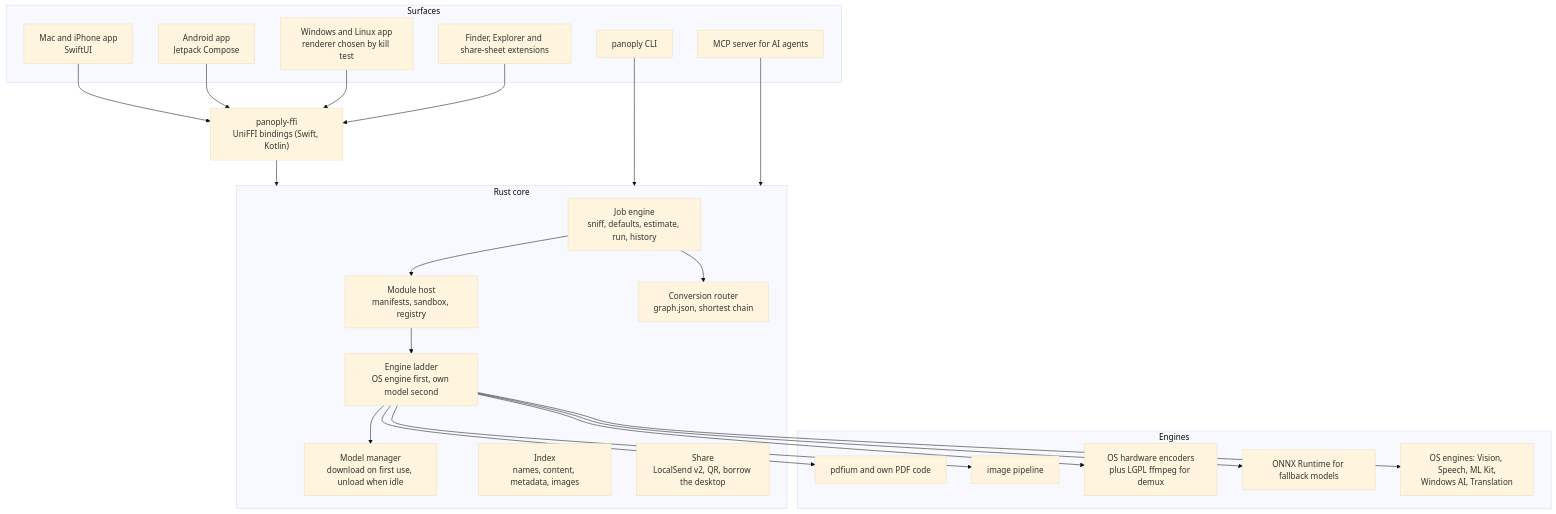
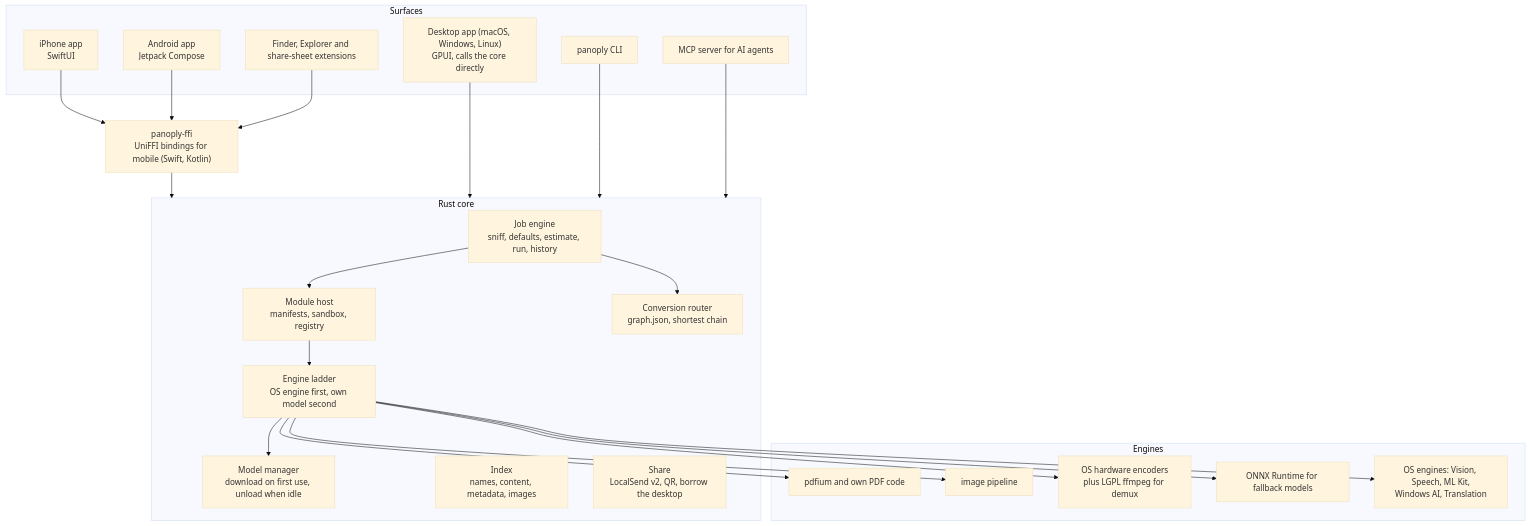
One commit to anzal1/panoply changed the first of 2 diagrams in docs/ARCHITECTURE.md. Above: the diagram before and after it, drawn with Mermaid (base theme). The commit also changed other lines of this file and 239 other files, not shown here.

````diff
--- a/docs/ARCHITECTURE.md
+++ b/docs/ARCHITECTURE.md
@@ -13,34 +13,35 @@
 ```mermaid
 flowchart TB
   subgraph Surfaces
-    MAC["Mac and iPhone app<br/>SwiftUI"]
+    DESK["Desktop app (macOS, Windows, Linux)<br/>GPUI, calls the core directly"]
+    IOS["iPhone app<br/>SwiftUI"]
     AND["Android app<br/>Jetpack Compose"]
-    WIN["Windows and Linux app<br/>renderer chosen by kill test"]
     EXT["Finder, Explorer and share-sheet extensions"]
     CLI["panoply CLI"]
     MCP["MCP server for AI agents"]
   end
-  FFI["panoply-ffi<br/>UniFFI bindings (Swift, Kotlin)"]
+  FFI["panoply-ffi<br/>UniFFI bindings for mobile (Swift, Kotlin)"]
   subgraph Core["Rust core"]
     JOB["Job engine<br/>sniff, defaults, estimate, run, history"]
     HOST["Module host<br/>manifests, sandbox, registry"]
     ROUTE["Conversion router<br/>graph.json, shortest chain"]
     LADDER["Engine ladder<br/>OS engine first, own model second"]
     MODELS["Model manager<br/>download on first use, unload when idle"]
     INDEX["Index<br/>names, content, metadata, images"]
     SHARE["Share<br/>LocalSend v2, QR, borrow the desktop"]
   end
   subgraph Engines
     PDF["pdfium and own PDF code"]
     IMG["image pipeline"]
     MEDIA["OS hardware encoders<br/>plus LGPL ffmpeg for demux"]
     ML["ONNX Runtime for fallback models"]
     OS["OS engines: Vision, Speech, ML Kit,<br/>Windows AI, Translation"]
   end
-  MAC & AND & WIN & EXT --> FFI --> Core
+  IOS & AND & EXT --> FFI --> Core
+  DESK --> Core
   CLI & MCP --> Core
   JOB --> HOST --> LADDER
   JOB --> ROUTE
   LADDER --> OS & ML & PDF & IMG & MEDIA
   LADDER --> MODELS
 ```
````
